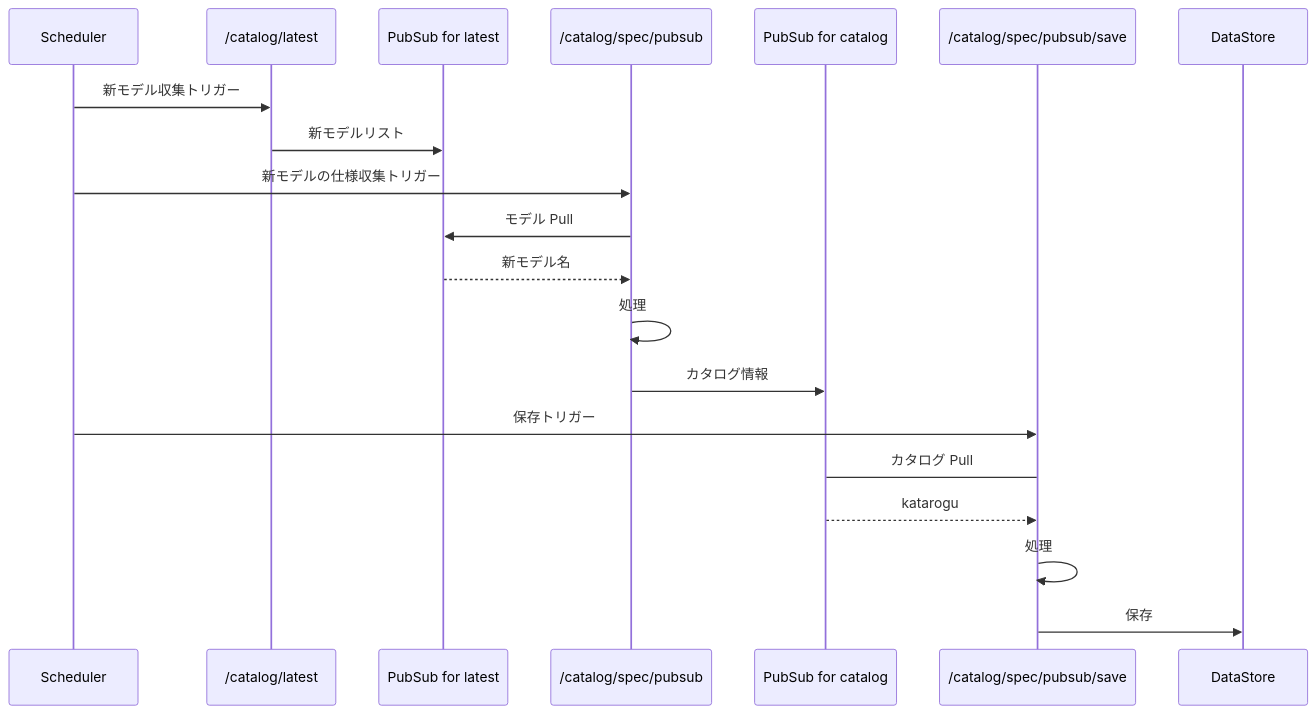
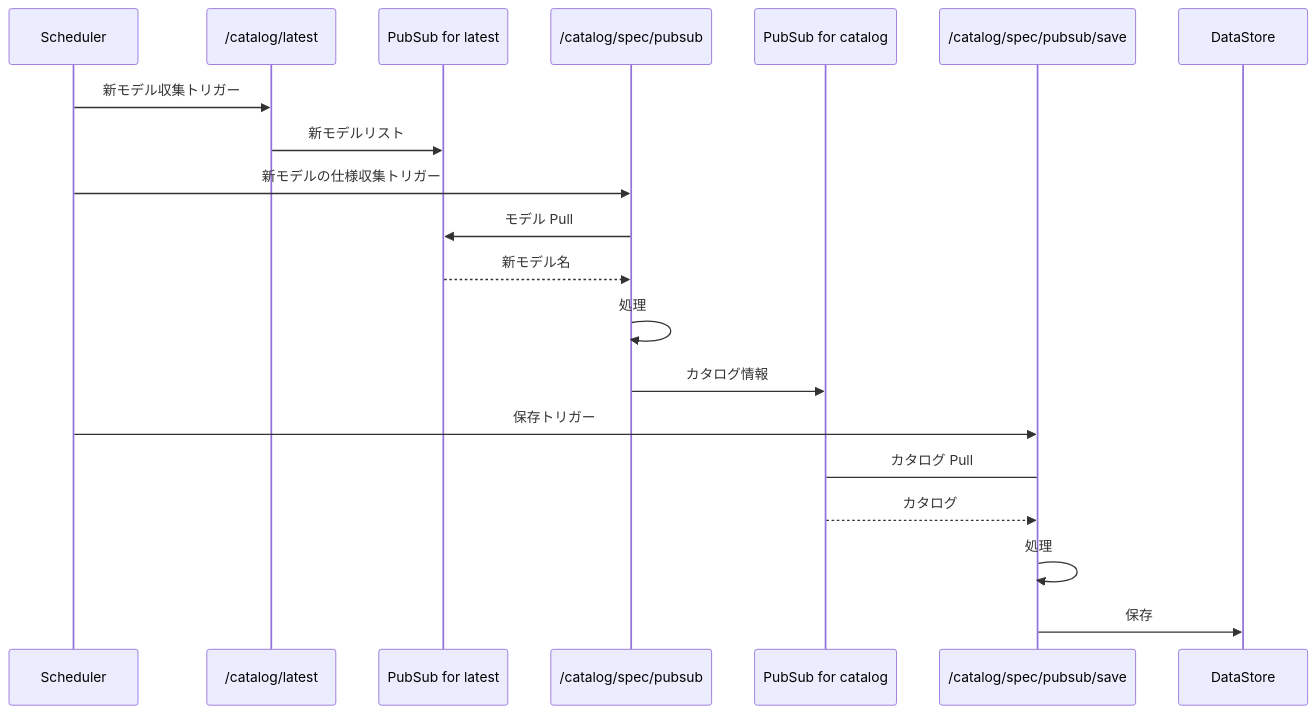
One commit to ttyfky/google-hackathon-2024 changed the diagram in b_moz/api/README.md. Above: the diagram before and after it, drawn with Mermaid. The commit also changed 2 other files, not shown here.

````diff
--- a/b_moz/api/README.md
+++ b/b_moz/api/README.md
@@ -24,24 +24,22 @@
 ```mermaid
 sequenceDiagram
     participant Scheduler
     participant LATEST as /catalog/latest
     participant PSL as PubSub for latest 
     participant SPECPS as /catalog/spec/pubsub
     participant PSC as PubSub for catalog 
     participant SAVE as /catalog/spec/pubsub/save
 
     Scheduler ->> LATEST: 新モデル収集トリガー
     LATEST ->> PSL: 新モデルリスト
     Scheduler ->> SPECPS: 新モデルの仕様収集トリガー
     SPECPS ->> PSL: モデル Pull
     PSL -->> SPECPS: 新モデル名
     SPECPS ->> SPECPS: 処理
     SPECPS ->> PSC: カタログ情報
     Scheduler ->> SAVE: 保存トリガー
     SAVE -> PSC: カタログ Pull
-    PSC -->> SAVE: katarogu 
+    PSC -->> SAVE: カタログ 
     SAVE ->> SAVE: 処理
     SAVE ->> DataStore: 保存
- 
-
 ```
````
